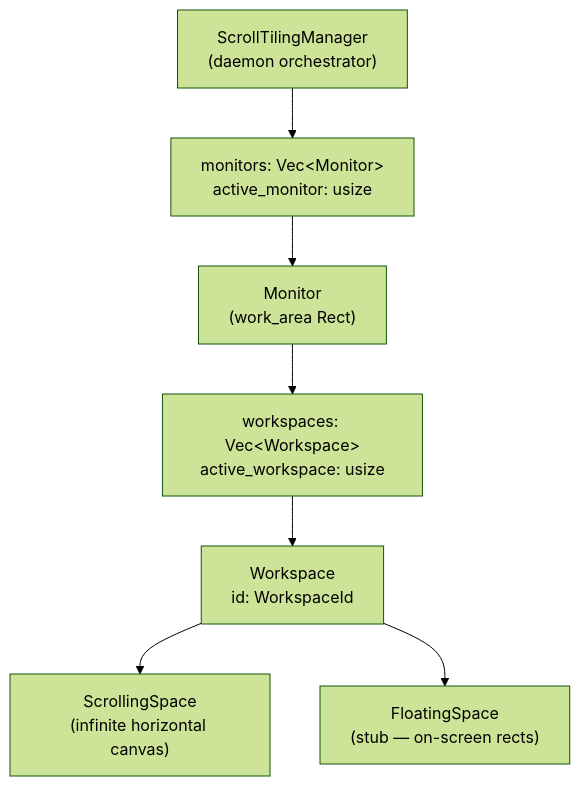
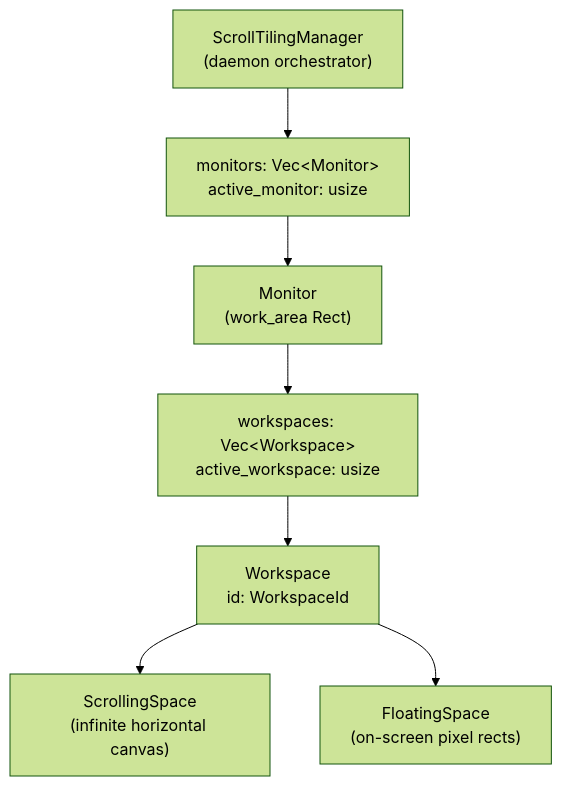
Before and after one commit to CCpcalvin/flow-wm: the diagram in docs/src/dev-guide/workspace.md, drawn with Mermaid (forest theme). The commit also changed other lines of this file and 17 other files, not shown here.

````diff
--- a/docs/src/dev-guide/workspace.md
+++ b/docs/src/dev-guide/workspace.md
@@ -13,10 +13,10 @@
 ```mermaid
 graph TB
     STM["ScrollTilingManager<br/>(daemon orchestrator)"]
     STM --> monitors["monitors: Vec&lt;Monitor&gt;<br/>active_monitor: usize"]
     monitors --> M["Monitor<br/>(work_area Rect)"]
     M --> ws["workspaces: Vec&lt;Workspace&gt;<br/>active_workspace: usize"]
     ws --> W["Workspace<br/>id: WorkspaceId"]
     W --> SS["ScrollingSpace<br/>(infinite horizontal canvas)"]
-    W --> FS["FloatingSpace<br/>(stub — on-screen rects)"]
+    W --> FS["FloatingSpace<br/>(on-screen pixel rects)"]
 ```
````
